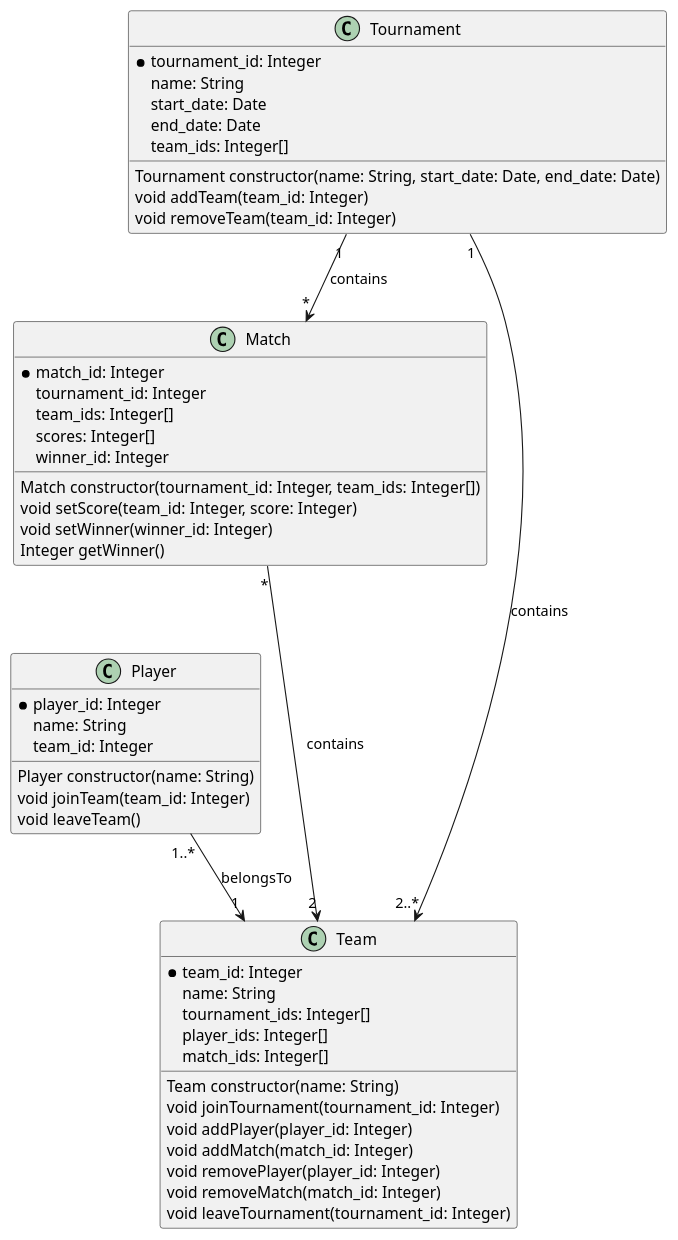
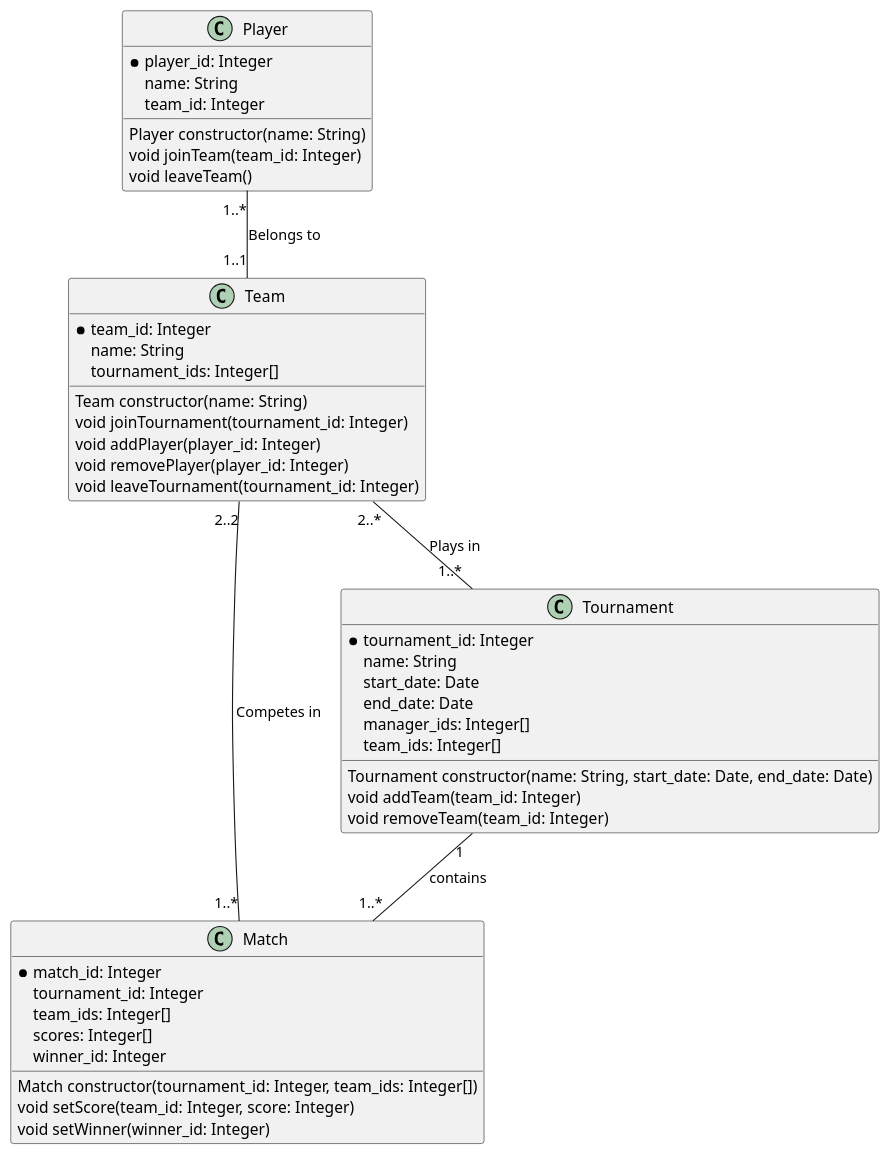
The diagram in documentation/classDiagram.puml (felixalbrigtsen/asura-tmdb), drawn with PlantUML before and after one commit. The commit also changed 3 other files, not shown here.

```diff
--- a/documentation/classDiagram.puml
+++ b/documentation/classDiagram.puml
@@ -1,62 +1,58 @@
 @startuml Tournament System
 ' Internal development class diagram
 ' Describes database fields and object methods required
 
 class Match {
     *match_id: Integer
     tournament_id: Integer
     team_ids: Integer[]
     scores: Integer[]
     winner_id: Integer
 
     Match constructor(tournament_id: Integer, team_ids: Integer[])
     void setScore(team_id: Integer, score: Integer)
     void setWinner(winner_id: Integer)
-    Integer getWinner()
 }
 class Team {
     *team_id: Integer
     name: String
     tournament_ids: Integer[]
-    player_ids: Integer[]
-    match_ids: Integer[]
 
     Team constructor(name: String)
     void joinTournament(tournament_id: Integer)
     void addPlayer(player_id: Integer)
-    void addMatch(match_id: Integer)
     void removePlayer(player_id: Integer)
-    void removeMatch(match_id: Integer)
     void leaveTournament(tournament_id: Integer)
 }
 class Player {
     *player_id: Integer
     name: String
     team_id: Integer
 
 
     Player constructor(name: String)
     void joinTeam(team_id: Integer)
     void leaveTeam()
 }
 
 class Tournament {
     *tournament_id: Integer
     name: String
     start_date: Date
     end_date: Date
+    manager_ids: Integer[]
     team_ids: Integer[]
 
     Tournament constructor(name: String, start_date: Date, end_date: Date)
     void addTeam(team_id: Integer)
     void removeTeam(team_id: Integer)
 }
 
 
-Tournament "1" --> "2..*" Team : contains
-Tournament "1" --> "*" Match : contains
-Player "1..*" --> "1" Team : belongsTo
-Match "*" ---> "2" Team : contains
+Team "2..*" -- "1..*" Tournament : "Plays in"
+Tournament "1" -- "1..*" Match : contains
+Player "1..*" -- "1..1" Team : "Belongs to"
+Team "2..2" -- "1..*" Match : "Competes in"
 
 
 @enduml
```
